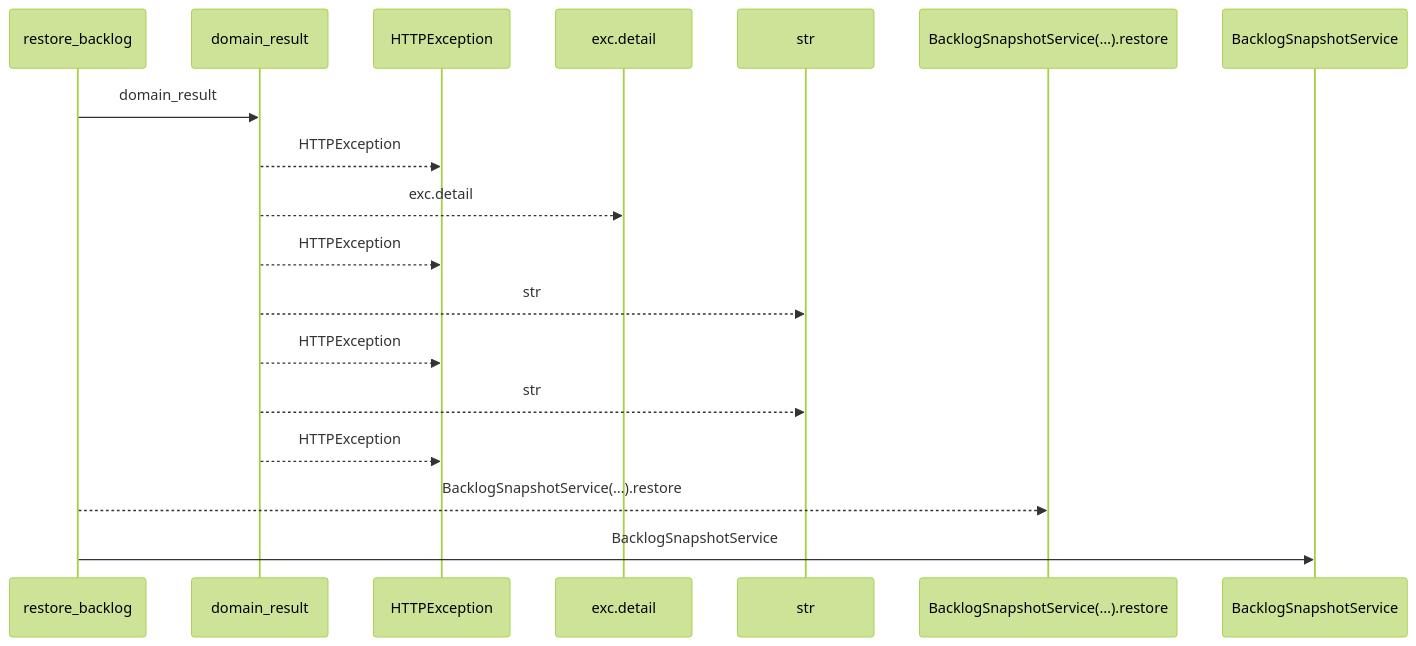
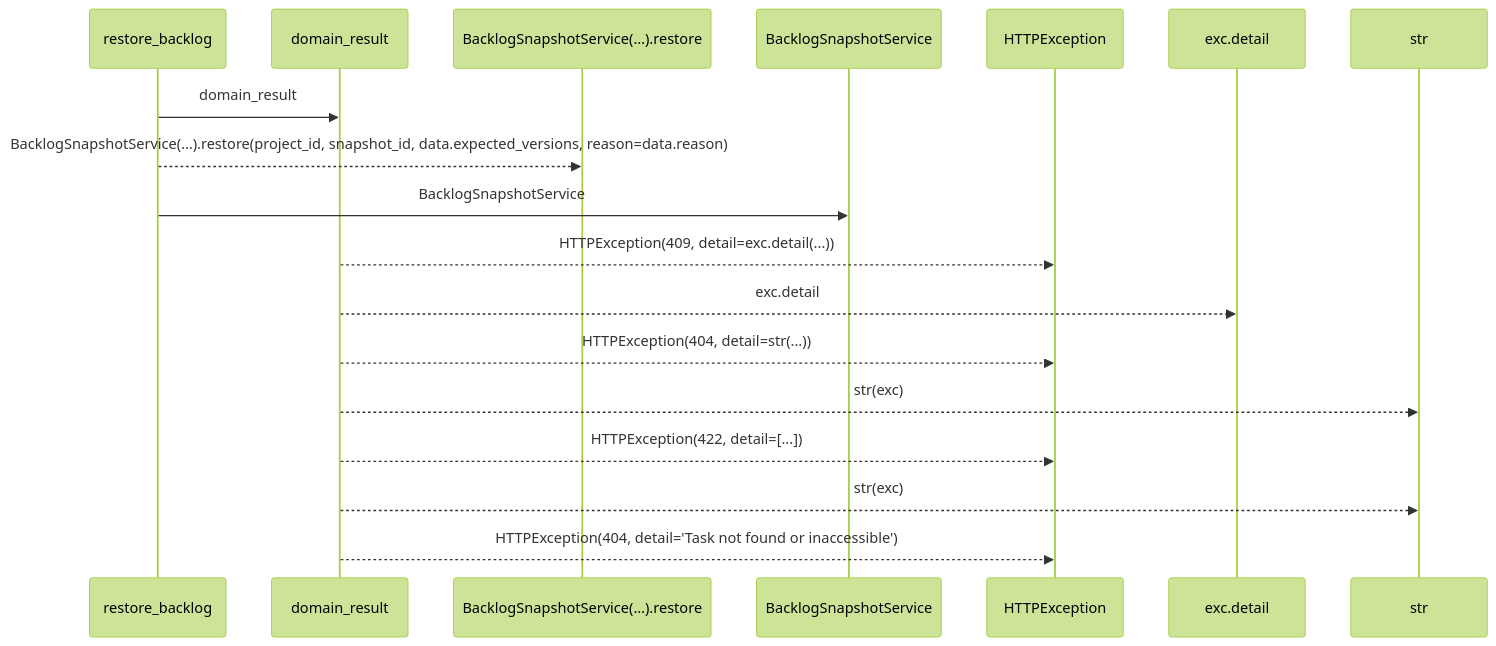
The first of 2 diagrams in docs/llm_wiki/flows/http-restore_backlog.md (Denissvgn/WorkChord), drawn with Mermaid (forest theme) before and after one commit. The commit also changed other lines of this file and 25171 other files, not shown here.

````diff
--- a/docs/llm_wiki/flows/http-restore_backlog.md
+++ b/docs/llm_wiki/flows/http-restore_backlog.md
@@ -10,20 +12,20 @@
 ```mermaid
 sequenceDiagram
     participant p0 as restore_backlog
     participant p1 as domain_result
-    participant p2 as HTTPException
-    participant p3 as exc.detail
-    participant p4 as str
-    participant p5 as BacklogSnapshotService(…).restore
-    participant p6 as BacklogSnapshotService
+    participant p2 as BacklogSnapshotService(…).restore
+    participant p3 as BacklogSnapshotService
+    participant p4 as HTTPException
+    participant p5 as exc.detail
+    participant p6 as str
     p0->>p1: domain_result
-    p1-->>p2: HTTPException
-    p1-->>p3: exc.detail
-    p1-->>p2: HTTPException
-    p1-->>p4: str
-    p1-->>p2: HTTPException
-    p1-->>p4: str
-    p1-->>p2: HTTPException
-    p0-->>p5: BacklogSnapshotService(…).restore
-    p0->>p6: BacklogSnapshotService
+    p0-->>p2: BacklogSnapshotService(…).restore(project_id, snapshot_id, data.expected_versions, reason=data.reason)
+    p0->>p3: BacklogSnapshotService
+    p1-->>p4: HTTPException(409, detail=exc.detail(...))
+    p1-->>p5: exc.detail
+    p1-->>p4: HTTPException(404, detail=str(...))
+    p1-->>p6: str(exc)
+    p1-->>p4: HTTPException(422, detail=[...])
+    p1-->>p6: str(exc)
+    p1-->>p4: HTTPException(404, detail='Task not found or inaccessible')
 ```
````
